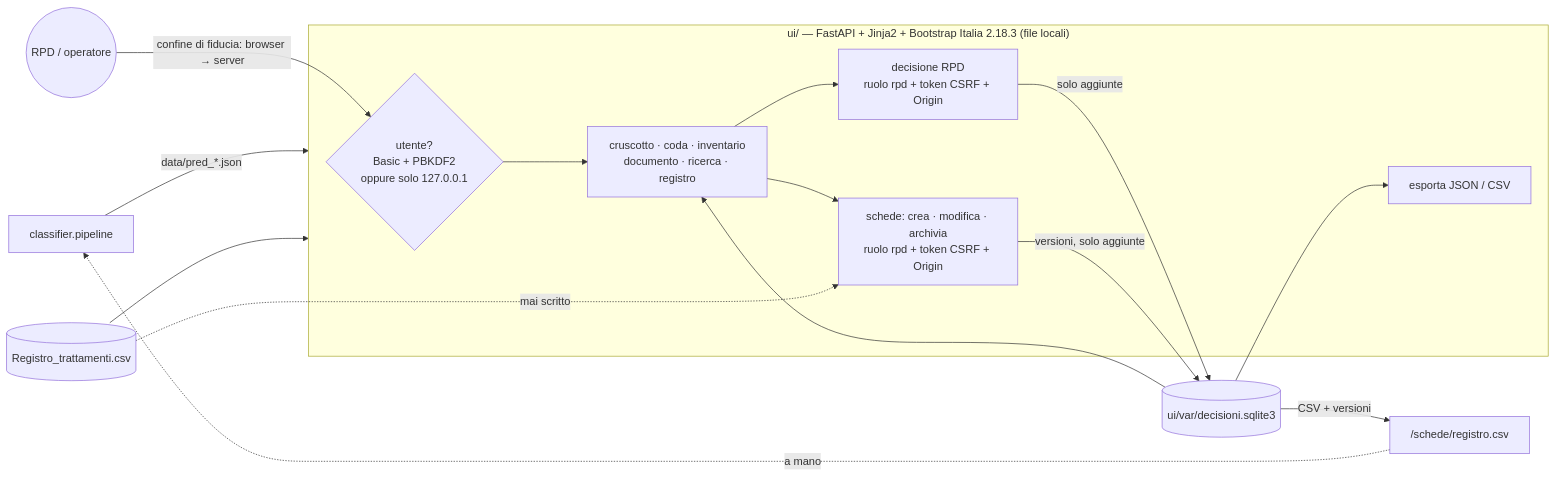
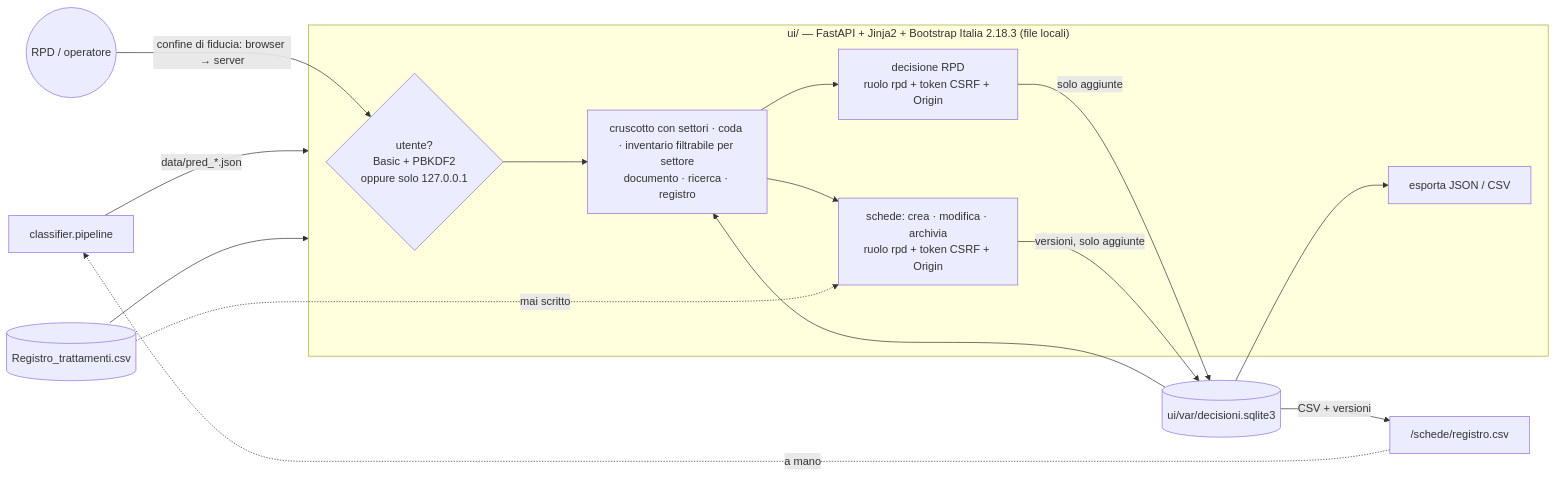
One commit to sergiovzambelli/dago-data-governance changed the third of 5 diagrams in docs/flussi.md. Above: the diagram before and after it, drawn with Mermaid. The commit also changed 9 other files, not shown here.

First line of the commit message:
feat: documenti per settore nel cruscotto e filtro nell'inventario

````diff
--- a/docs/flussi.md
+++ b/docs/flussi.md
@@ -101,19 +101,19 @@
 ```mermaid
 flowchart LR
     PIPE[classifier.pipeline] -->|data/pred_*.json| UI
     REG[(Registro_trattamenti.csv)] --> UI
     subgraph UI["ui/ — FastAPI + Jinja2 + Bootstrap Italia 2.18.3 (file locali)"]
         AUTH{utente?<br/>Basic + PBKDF2<br/>oppure solo 127.0.0.1}
-        PAG[cruscotto · coda · inventario<br/>documento · ricerca · registro]
+        PAG[cruscotto con settori · coda · inventario filtrabile per settore<br/>documento · ricerca · registro]
         DEC[decisione RPD<br/>ruolo rpd + token CSRF + Origin]
         SCH[schede: crea · modifica · archivia<br/>ruolo rpd + token CSRF + Origin]
         EXP[esporta JSON / CSV]
     end
     U((RPD / operatore)) -->|confine di fiducia: browser → server| AUTH --> PAG
     PAG --> DEC -->|solo aggiunte| DB[(ui/var/decisioni.sqlite3)]
     DB --> PAG
     DB --> EXP
     PAG --> SCH -->|versioni, solo aggiunte| DB
     REG -.->|mai scritto| SCH
     DB -->|CSV + versioni| REGOUT["/schede/registro.csv"] -.->|a mano| PIPE
 ```
````
